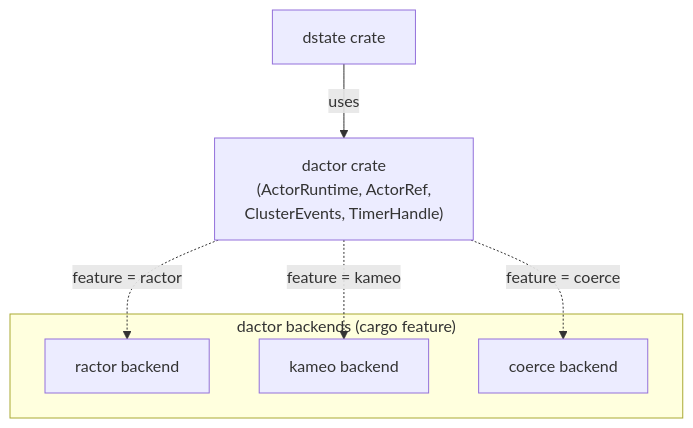
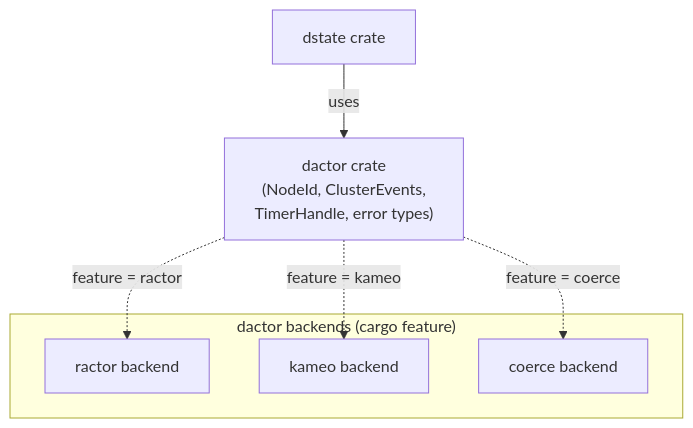
One commit to Yaming-Hub/dstate changed diagram 13 of 22 in docs/distributed-state-design.md. Above: the diagram before and after it, drawn with Mermaid. The commit also changed other lines of this file and 25 other files, not shown here.

````diff
--- a/docs/distributed-state-design.md
+++ b/docs/distributed-state-design.md
@@ -961,15 +962,15 @@
 ```mermaid
 graph TD
     DS["dstate crate"]
-    DS -->|"uses"| DA["dactor crate<br/>(ActorRuntime, ActorRef,<br/>ClusterEvents, TimerHandle)"]
+    DS -->|"uses"| DA["dactor crate<br/>(NodeId, ClusterEvents,<br/>TimerHandle, error types)"]
 
     subgraph "dactor backends (cargo feature)"
         Ractor["ractor backend"]
         Kameo["kameo backend"]
         Coerce["coerce backend"]
     end
 
     DA -.->|"feature = ractor"| Ractor
     DA -.->|"feature = kameo"| Kameo
     DA -.->|"feature = coerce"| Coerce
 ```
````
